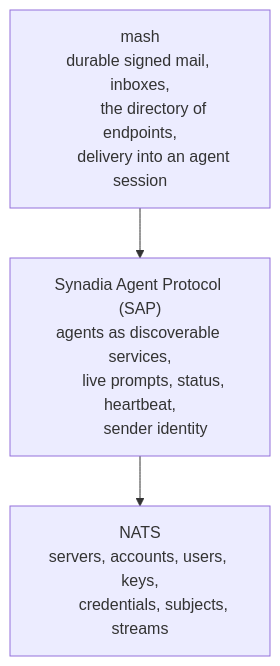
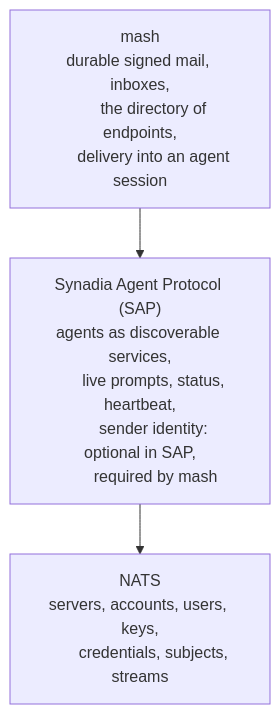
The diagram in docs/guide/stack.md (bogworks/mash), drawn with Mermaid before and after one commit. The commit also changed 2 other files, not shown here.

Commit message:
guide: SAP one-liner, sender identity optional in SAP and required by mash, mash who step (lead #84)

````diff
--- a/docs/guide/stack.md
+++ b/docs/guide/stack.md
@@ -7,12 +7,13 @@
 ```mermaid
 flowchart TB
     M["mash<br/>durable signed mail, inboxes,
        the directory of endpoints,
        delivery into an agent session"]
     S["Synadia Agent Protocol (SAP)<br/>agents as discoverable services,
        live prompts, status, heartbeat,
-       sender identity"]
+       sender identity: optional in SAP,
+       required by mash"]
     N["NATS<br/>servers, accounts, users, keys,
        credentials, subjects, streams"]
     M --> S --> N
 ```
````
